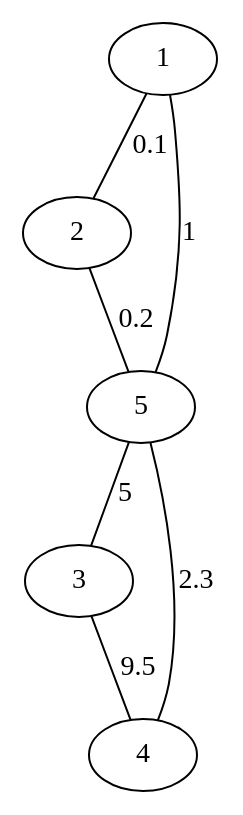
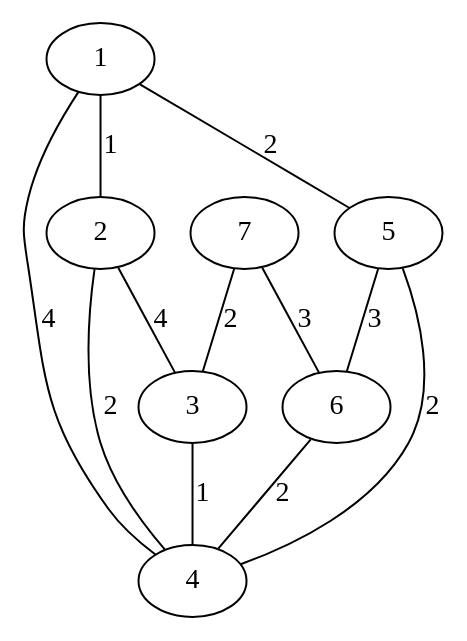
One commit to victorassiso/BibliGrafos changed the diagram in input/dot/grafo_T2.dot. Above: the diagram before and after it, drawn with Graphviz. The commit also changed 2 other files, not shown here.

```diff
--- a/input/dot/grafo_T2.dot
+++ b/input/dot/grafo_T2.dot
@@ -1,9 +1,13 @@
-
 graph {
-1 -- 2 [label=0.1]
-2 -- 5 [label=0.2]
-5 -- 3 [label=5]
-3 -- 4 [label=9.5]
-4 -- 5 [label=2.3]
-1 -- 5 [label=1]
+1 -- 2 [label=1]
+2 -- 3 [label=4]
+3 -- 4 [label=1]
+2 -- 4 [label=2]
+1 -- 4 [label=4]
+1 -- 5 [label=2]
+5 -- 4 [label=2]
+5 -- 6 [label=3]
+7 -- 6 [label=3]
+7 -- 3 [label=2]
+6 -- 4 [label=2]
 }
```
